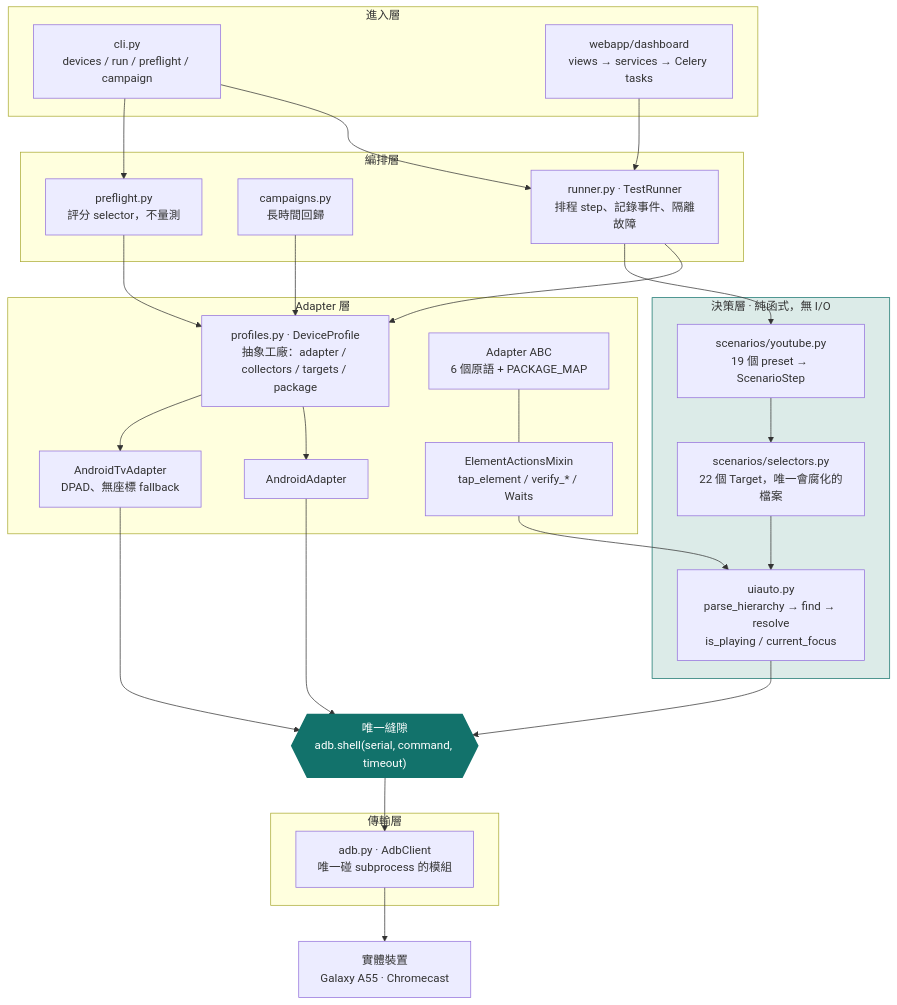
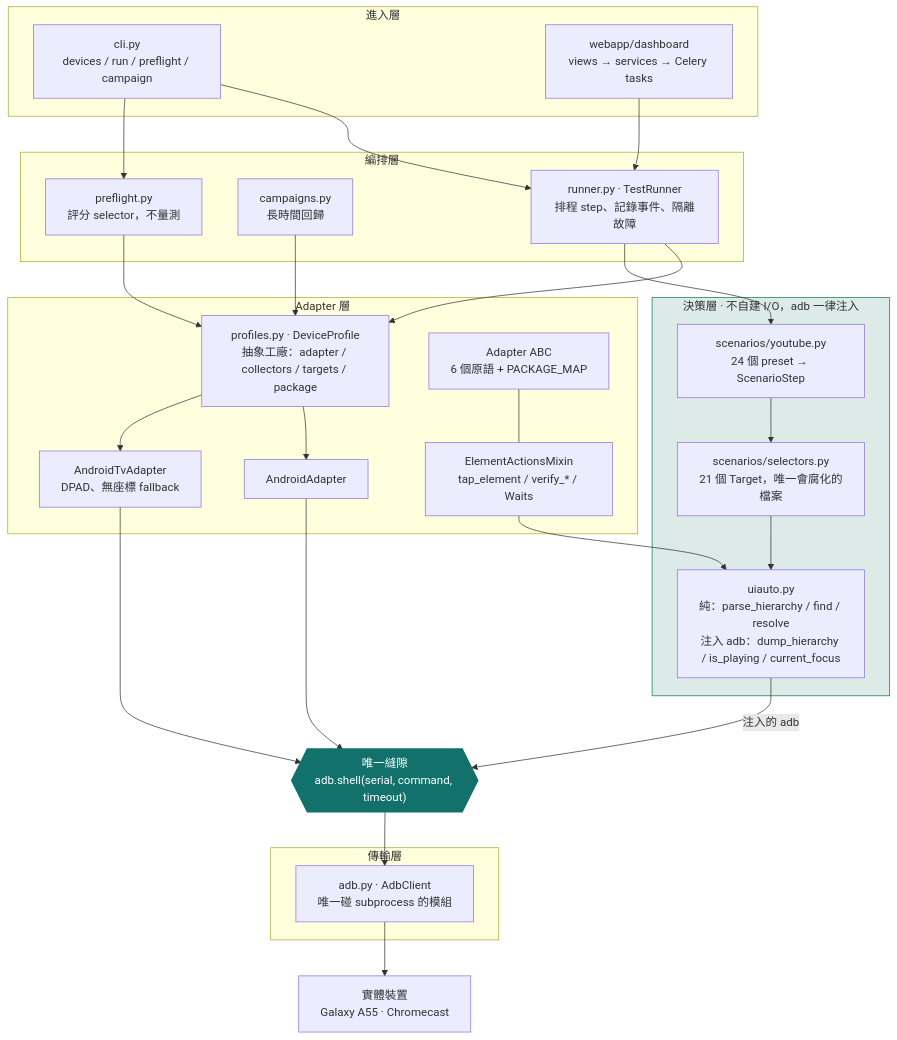
One commit to RicherEric/AutoPerf changed the first of 7 diagrams in docs/DEVICE_TESTING_zh-TW.md. Above: the diagram before and after it, drawn with Mermaid. The commit also changed other lines of this file and 1 other file, not shown here.

````diff
--- a/docs/DEVICE_TESTING_zh-TW.md
+++ b/docs/DEVICE_TESTING_zh-TW.md
@@ -32,57 +41,57 @@
 ```mermaid
 flowchart TB
     subgraph entry["進入層"]
         CLI["cli.py<br/>devices / run / preflight / campaign"]
         WEB["webapp/dashboard<br/>views → services → Celery tasks"]
     end
 
     subgraph orch["編排層"]
         RUNNER["runner.py · TestRunner<br/>排程 step、記錄事件、隔離故障"]
         CAMP["campaigns.py<br/>長時間回歸"]
         PRE["preflight.py<br/>評分 selector，不量測"]
     end
 
-    subgraph decide["決策層 · 純函式，無 I/O"]
-        UIAUTO["uiauto.py<br/>parse_hierarchy → find → resolve<br/>is_playing / current_focus"]
-        SEL["scenarios/selectors.py<br/>22 個 Target，唯一會腐化的檔案"]
-        SCEN["scenarios/youtube.py<br/>19 個 preset → ScenarioStep"]
+    subgraph decide["決策層 · 不自建 I/O，adb 一律注入"]
+        UIAUTO["uiauto.py<br/>純：parse_hierarchy / find / resolve<br/>注入 adb：dump_hierarchy / is_playing / current_focus"]
+        SEL["scenarios/selectors.py<br/>21 個 Target，唯一會腐化的檔案"]
+        SCEN["scenarios/youtube.py<br/>24 個 preset → ScenarioStep"]
     end
 
     subgraph adapt["Adapter 層"]
         PROF["profiles.py · DeviceProfile<br/>抽象工廠：adapter / collectors / targets / package"]
         ABC["Adapter ABC<br/>6 個原語 + PACKAGE_MAP"]
         MIX["ElementActionsMixin<br/>tap_element / verify_* / Waits"]
         PHONE["AndroidAdapter"]
         TV["AndroidTvAdapter<br/>DPAD、無座標 fallback"]
     end
 
     SEAM{{"唯一縫隙<br/>adb.shell(serial, command, timeout)"}}
 
     subgraph trans["傳輸層"]
         ADB["adb.py · AdbClient<br/>唯一碰 subprocess 的模組"]
     end
 
     HW["實體裝置<br/>Galaxy A55 · Chromecast"]
 
     CLI --> RUNNER
     WEB --> RUNNER
     CLI --> PRE
     RUNNER --> PROF
     CAMP --> PROF
     PRE --> PROF
     PROF --> PHONE
     PROF --> TV
     ABC --- MIX
     MIX --> UIAUTO
     SCEN --> SEL
     SEL --> UIAUTO
     RUNNER --> SCEN
     PHONE --> SEAM
     TV --> SEAM
-    UIAUTO --> SEAM
+    UIAUTO -->|注入的 adb| SEAM
     SEAM --> ADB
     ADB --> HW
 
     style SEAM fill:#12726b,color:#fff,stroke:#12726b,stroke-width:2px
     style decide fill:#dcebe8,stroke:#12726b
 ```
````
